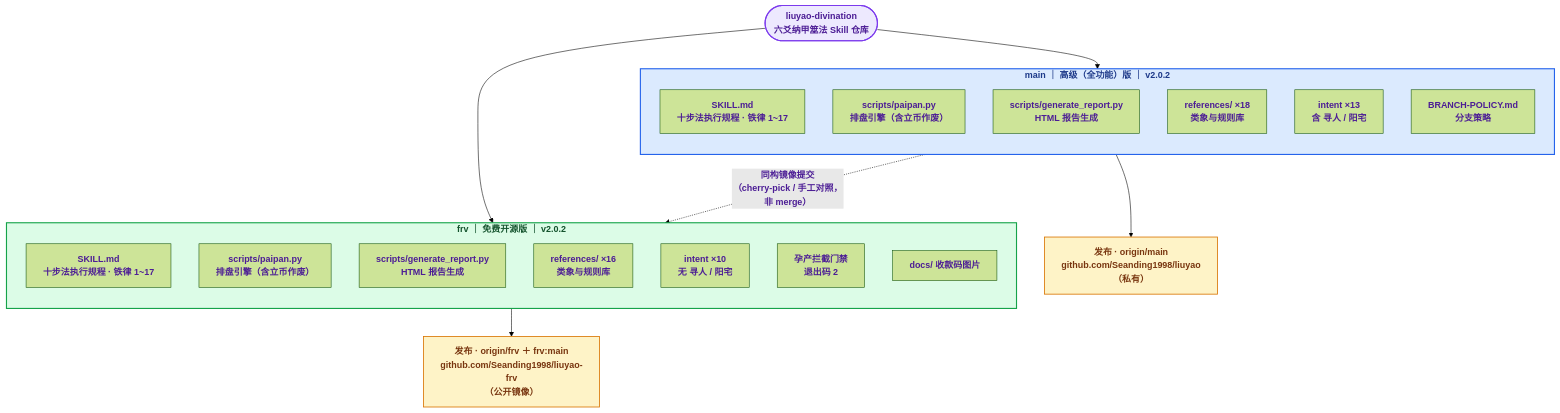
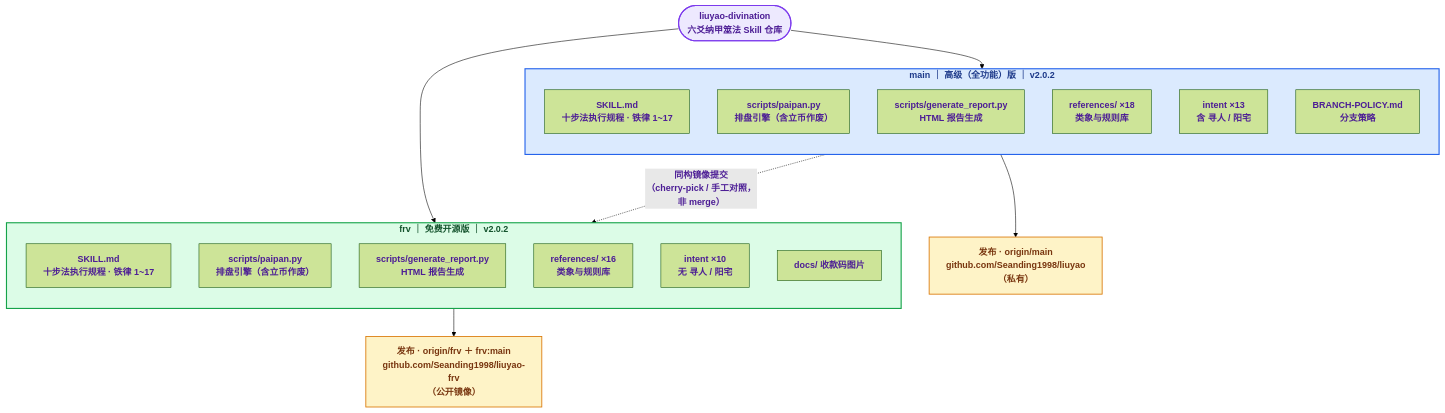
The diagram in docs/figures/architecture-main-frv.mmd (Seanding1998/liuyao-frv), drawn with Mermaid (forest theme) before and after one commit. The commit also changed 3 other files, not shown here.

```diff
--- a/docs/figures/architecture-main-frv.mmd
+++ b/docs/figures/architecture-main-frv.mmd
@@ -1,35 +1,34 @@
 flowchart TB
     ROOT(["<b>liuyao-divination</b><br/>六爻纳甲筮法 Skill 仓库"]):::root
 
     ROOT --> MAIN
     ROOT --> FRV
     MAIN -. "<b>同构镜像提交</b><br/>（cherry-pick / 手工对照，<b>非 merge</b>）" .-> FRV
 
     subgraph MAIN["main ｜ 高级（全功能）版 ｜ v2.0.2"]
         direction TB
         M1["SKILL.md<br/>十步法执行规程 · 铁律 1~17"]
         M2["scripts/paipan.py<br/>排盘引擎（含立币作废）"]
         M3["scripts/generate_report.py<br/>HTML 报告生成"]
         M4["references/ ×18<br/>类象与规则库"]
         M6["intent ×13<br/>含 寻人 / 阳宅"]
         M5["BRANCH-POLICY.md<br/>分支策略"]
     end
 
     subgraph FRV["frv ｜ 免费开源版 ｜ v2.0.2"]
         direction TB
         F1["SKILL.md<br/>十步法执行规程 · 铁律 1~17"]
         F2["scripts/paipan.py<br/>排盘引擎（含立币作废）"]
         F3["scripts/generate_report.py<br/>HTML 报告生成"]
         F4["references/ ×16<br/>类象与规则库"]
         F6["intent ×10<br/>无 寻人 / 阳宅"]
-        F5["孕产拦截门禁<br/>退出码 2"]
         F7["docs/ 收款码图片"]
     end
 
     MAIN --> PUBM["发布 · origin/main<br/>github.com/Seanding1998/liuyao<br/>（私有）"]:::pub
     FRV --> PUBF["发布 · origin/frv ＋ frv:main<br/>github.com/Seanding1998/liuyao-frv<br/>（公开镜像）"]:::pub
 
     classDef root fill:#ede9fe,stroke:#7c3aed,stroke-width:2px,color:#4c1d95,font-weight:bold
     classDef pub fill:#fef3c7,stroke:#d97706,stroke-width:1.5px,color:#78350f
     style MAIN fill:#dbeafe,stroke:#2563eb,stroke-width:2px,color:#1e3a8a
     style FRV fill:#dcfce7,stroke:#16a34a,stroke-width:2px,color:#14532d
```
